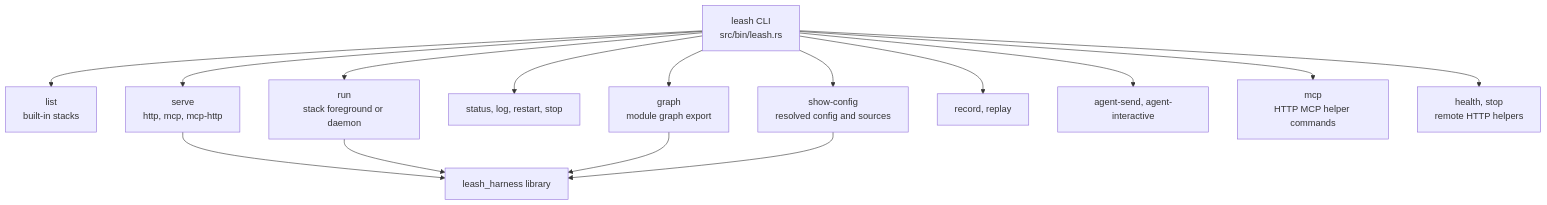
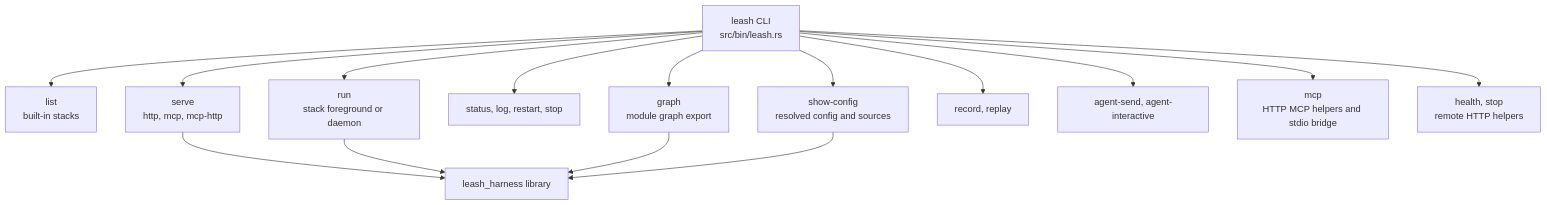
Before and after one commit to specdog/leash: the diagram in src/bin/README.md, drawn with Mermaid. The commit also changed 32 other files, not shown here.

````diff
--- a/src/bin/README.md
+++ b/src/bin/README.md
@@ -5,18 +5,18 @@
 ```mermaid
 flowchart TB
   cli["leash CLI\nsrc/bin/leash.rs"] --> list["list\nbuilt-in stacks"]
   cli --> serve["serve\nhttp, mcp, mcp-http"]
   cli --> run["run\nstack foreground or daemon"]
   cli --> daemon["status, log, restart, stop"]
   cli --> graphcmd["graph\nmodule graph export"]
   cli --> config["show-config\nresolved config and sources"]
   cli --> replay["record, replay"]
   cli --> agent["agent-send, agent-interactive"]
-  cli --> mcp["mcp\nHTTP MCP helper commands"]
+  cli --> mcp["mcp\nHTTP MCP helpers and stdio bridge"]
   cli --> safety["health, stop\nremote HTTP helpers"]
 
   serve --> lib["leash_harness library"]
   run --> lib
   graphcmd --> lib
   config --> lib
 ```
````
